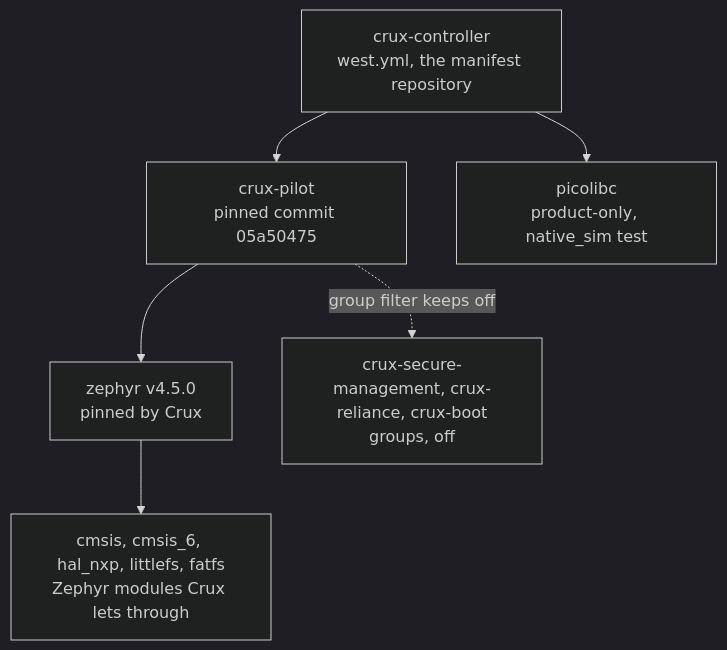
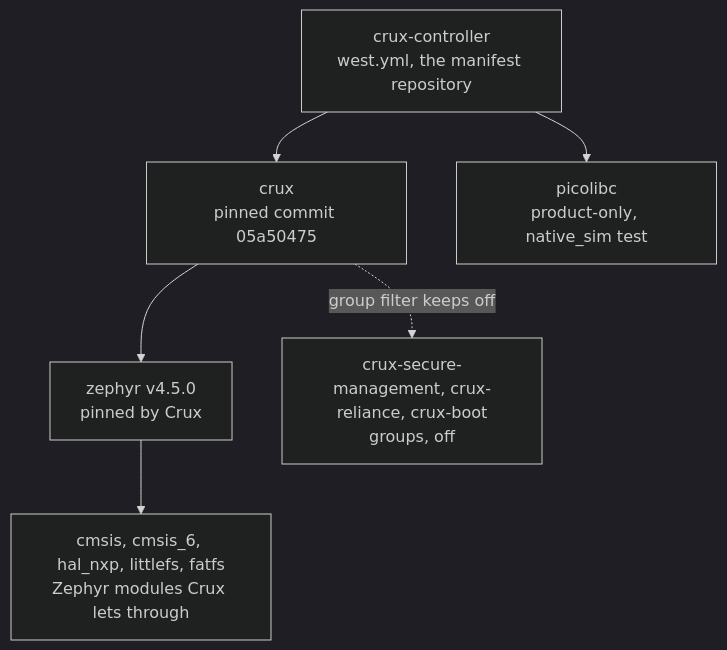
One commit to wonny-labs/crux-controller changed the diagram in docs/dependencies.md. Above: the diagram before and after it, drawn with Mermaid (dark theme). The commit also changed other lines of this file and 56 other files, not shown here.

````diff
--- a/docs/dependencies.md
+++ b/docs/dependencies.md
@@ -16,14 +16,14 @@
 ```mermaid
 flowchart TD
     CC["crux-controller<br/>west.yml, the manifest repository"]
-    CP["crux-pilot<br/>pinned commit 05a50475"]
+    CP["crux<br/>pinned commit 05a50475"]
     ZP["zephyr v4.5.0<br/>pinned by Crux"]
     MOD["cmsis, cmsis_6, hal_nxp, littlefs, fatfs<br/>Zephyr modules Crux lets through"]
     PL["picolibc<br/>product-only, native_sim test"]
     OFF["crux-secure-management, crux-reliance, crux-boot<br/>groups, off"]
     CC --> CP
     CC --> PL
     CP --> ZP
     ZP --> MOD
     CP -. "group filter keeps off" .-> OFF
 ```
````
